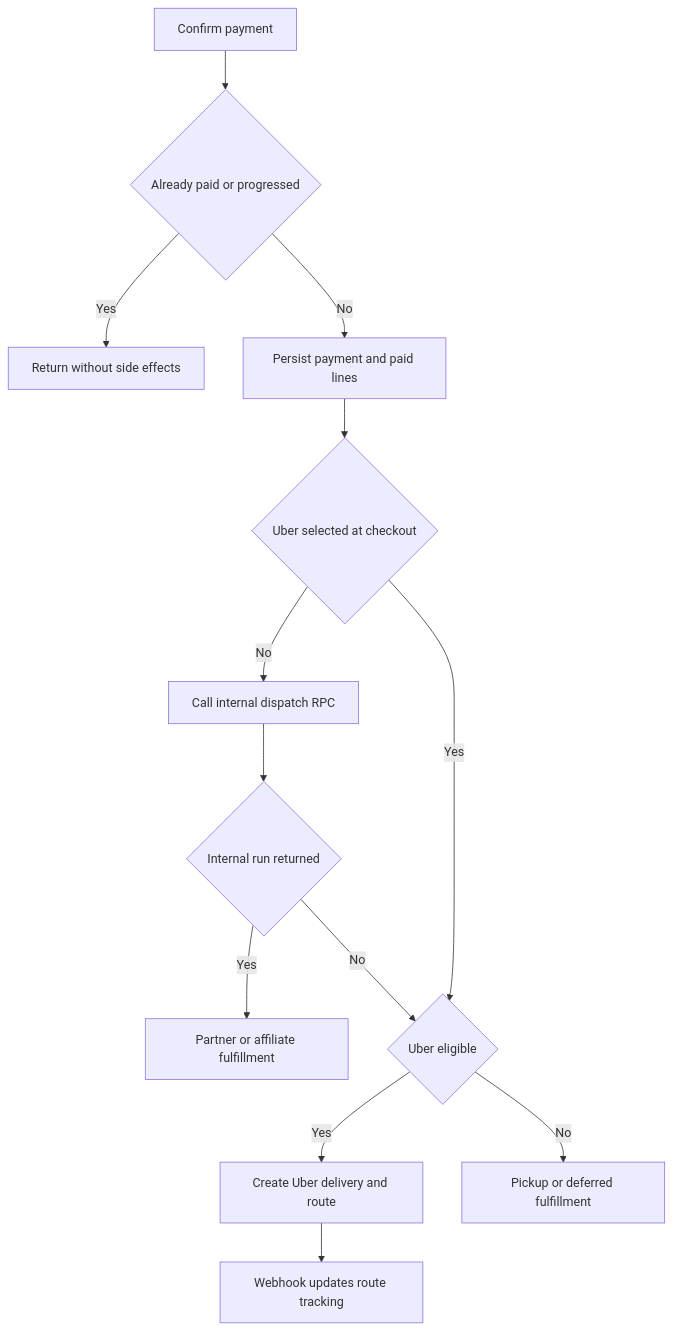
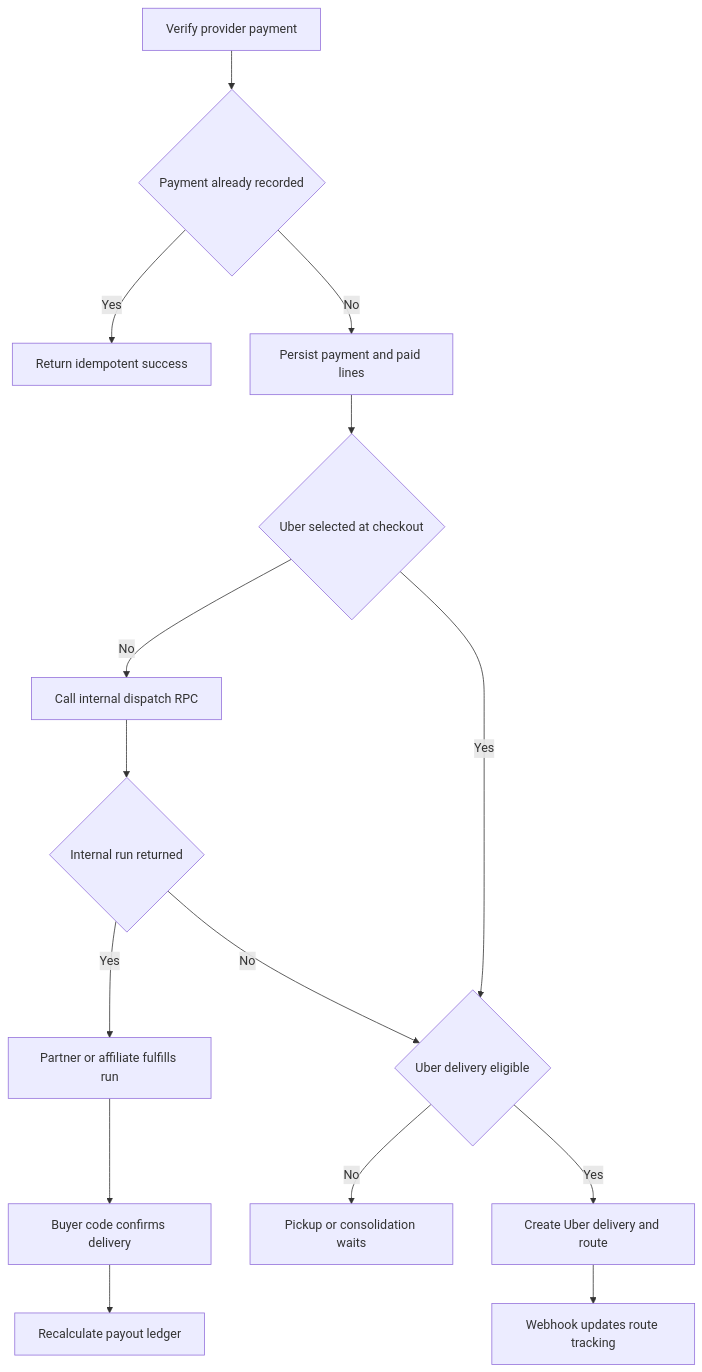
Before and after one commit to Schneider-Gr/industria24hIA: the second of 2 diagrams in openwiki/workflows/fulfillment-and-logistics.md, drawn with Mermaid. The commit also changed other lines of this file and 34 other files, not shown here.

````diff
--- a/openwiki/workflows/fulfillment-and-logistics.md
+++ b/openwiki/workflows/fulfillment-and-logistics.md
@@ -107,15 +113,17 @@
 ```mermaid
 flowchart TD
-    Confirm["Confirm payment"] --> Already{"Already paid or progressed"}
-    Already -- Yes --> Stop["Return without side effects"]
-    Already -- No --> Persist["Persist payment and paid lines"]
-    Persist --> ExplicitUber{"Uber selected at checkout"}
-    ExplicitUber -- No --> Dispatch["Call internal dispatch RPC"]
-    Dispatch --> InternalRun{"Internal run returned"}
-    InternalRun -- Yes --> Partner["Partner or affiliate fulfillment"]
-    InternalRun -- No --> Eligible{"Uber eligible"}
-    ExplicitUber -- Yes --> Eligible
-    Eligible -- Yes --> Uber["Create Uber delivery and route"]
-    Eligible -- No --> Deferred["Pickup or deferred fulfillment"]
-    Uber --> Webhook["Webhook updates route tracking"]
+    Confirm["Verify provider payment"] --> Seen{"Payment already recorded"}
+    Seen -- Yes --> Return["Return idempotent success"]
+    Seen -- No --> Persist["Persist payment and paid lines"]
+    Persist --> Explicit{"Uber selected at checkout"}
+    Explicit -- No --> InternalDispatch["Call internal dispatch RPC"]
+    InternalDispatch --> Run{"Internal run returned"}
+    Run -- Yes --> Partner["Partner or affiliate fulfills run"]
+    Run -- No --> UberEligible{"Uber delivery eligible"}
+    Explicit -- Yes --> UberEligible
+    UberEligible -- Yes --> UberCreate["Create Uber delivery and route"]
+    UberEligible -- No --> Deferred["Pickup or consolidation waits"]
+    UberCreate --> Webhook["Webhook updates route tracking"]
+    Partner --> Proof["Buyer code confirms delivery"]
+    Proof --> Ledger["Recalculate payout ledger"]
 ```
````
